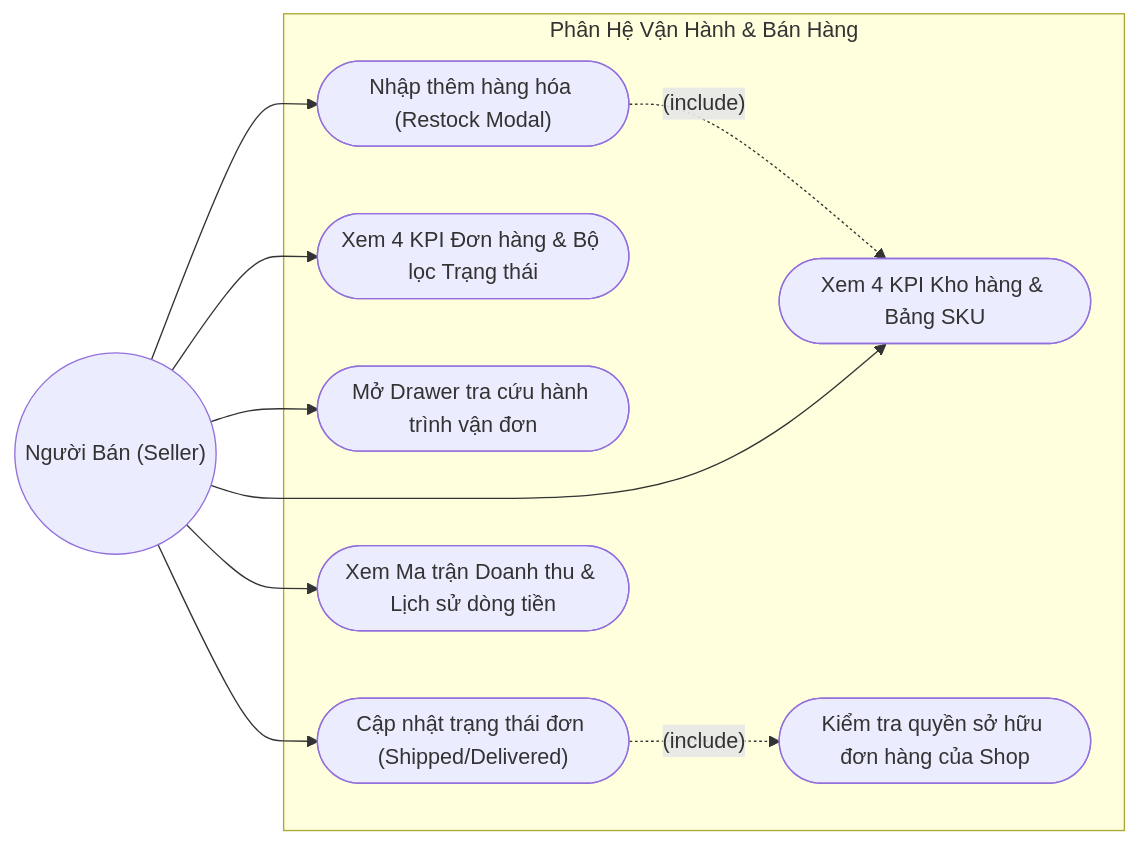
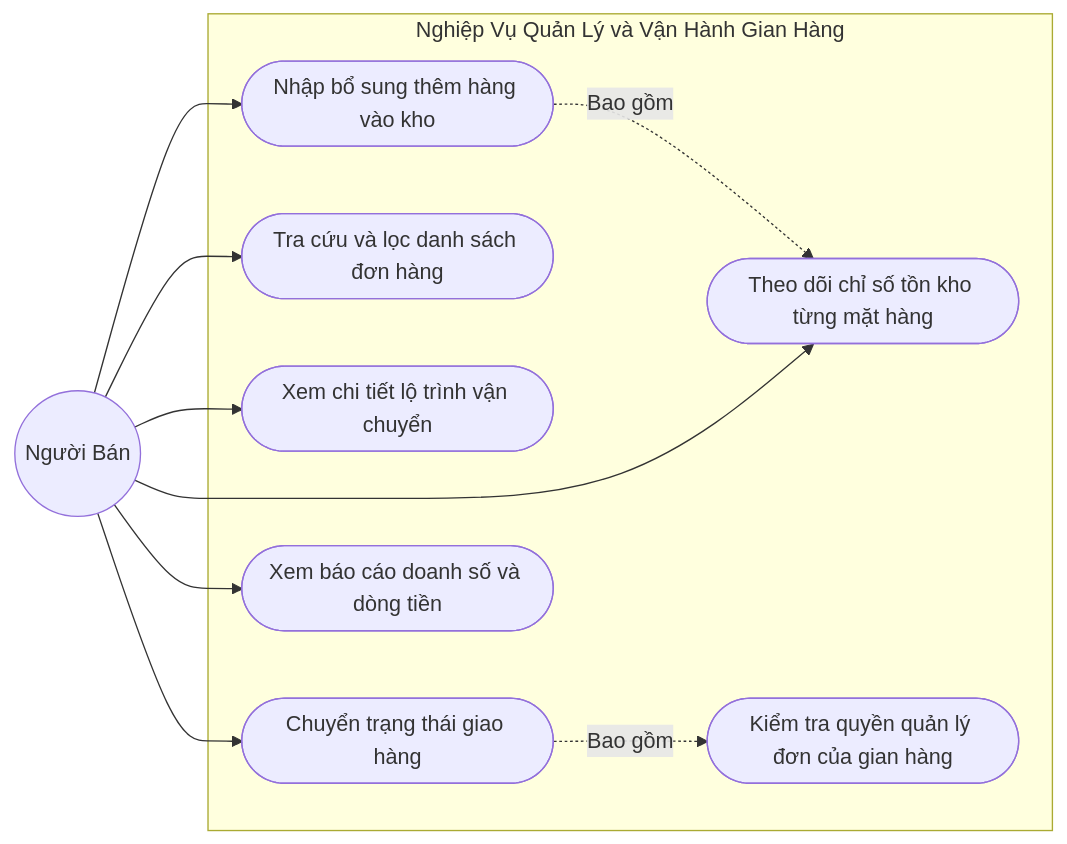
Before and after one commit to longthan12334/He-thong-thuong-mai-ien-tu-tich-hop-AI: the eighth of 16 diagrams in BAO_CAO_THIET_KE_HE_THONG.md, drawn with Mermaid. The commit also changed other lines of this file and 24 other files, not shown here.

````diff
--- a/BAO_CAO_THIET_KE_HE_THONG.md
+++ b/BAO_CAO_THIET_KE_HE_THONG.md
@@ -313,24 +313,24 @@
 ```mermaid
 flowchart LR
-    Seller(("Người Bán (Seller)"))
+    Seller(("Người Bán"))
 
-    subgraph SellerContext ["Phân Hệ Vận Hành & Bán Hàng"]
-        S_UC1(["Xem 4 KPI Kho hàng & Bảng SKU"])
-        S_UC2(["Nhập thêm hàng hóa (Restock Modal)"])
-        S_UC3(["Xem 4 KPI Đơn hàng & Bộ lọc Trạng thái"])
-        S_UC4(["Mở Drawer tra cứu hành trình vận đơn"])
-        S_UC5(["Cập nhật trạng thái đơn (Shipped/Delivered)"])
-        S_UC6(["Kiểm tra quyền sở hữu đơn hàng của Shop"])
-        S_UC7(["Xem Ma trận Doanh thu & Lịch sử dòng tiền"])
+    subgraph SellerUseCase ["Nghiệp Vụ Quản Lý và Vận Hành Gian Hàng"]
+        S1(["Theo dõi chỉ số tồn kho từng mặt hàng"])
+        S2(["Nhập bổ sung thêm hàng vào kho"])
+        S3(["Tra cứu và lọc danh sách đơn hàng"])
+        S4(["Xem chi tiết lộ trình vận chuyển"])
+        S5(["Chuyển trạng thái giao hàng"])
+        S6(["Kiểm tra quyền quản lý đơn của gian hàng"])
+        S7(["Xem báo cáo doanh số và dòng tiền"])
 
-        S_UC2 -.->|"(include)"| S_UC1
-        S_UC5 -.->|"(include)"| S_UC6
+        S2 -.->|Bao gồm| S1
+        S5 -.->|Bao gồm| S6
     end
 
-    Seller --> S_UC1
-    Seller --> S_UC2
-    Seller --> S_UC3
-    Seller --> S_UC4
-    Seller --> S_UC5
-    Seller --> S_UC7
+    Seller --> S1
+    Seller --> S2
+    Seller --> S3
+    Seller --> S4
+    Seller --> S5
+    Seller --> S7
 ```
````
